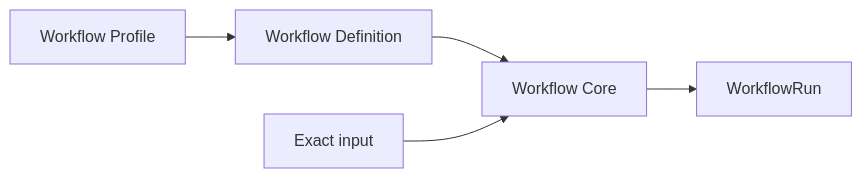
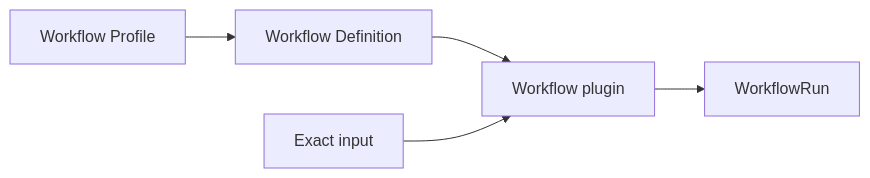
One commit to tsuuanmi/AgentOS changed the diagram in docs/architecture/plugins/workflow/README.md. Above: the diagram before and after it, drawn with Mermaid. The commit also changed other lines of this file, not shown here.

Commit message:
docs: make Workflow depend on Worker and canonical DSH plugin docs

```diff
--- a/docs/architecture/plugins/workflow/README.md
+++ b/docs/architecture/plugins/workflow/README.md
@@ -25,13 +46,13 @@
 ~~~mermaid
 flowchart LR
     Profile[Workflow Profile]
     Definition[Workflow Definition]
-    Core[Workflow Core]
+    Workflow[Workflow plugin]
     Run[WorkflowRun]
     Input[Exact input]
 
     Profile --> Definition
-    Definition --> Core
-    Input --> Core
-    Core --> Run
+    Definition --> Workflow
+    Input --> Workflow
+    Workflow --> Run
 ~~~
```
